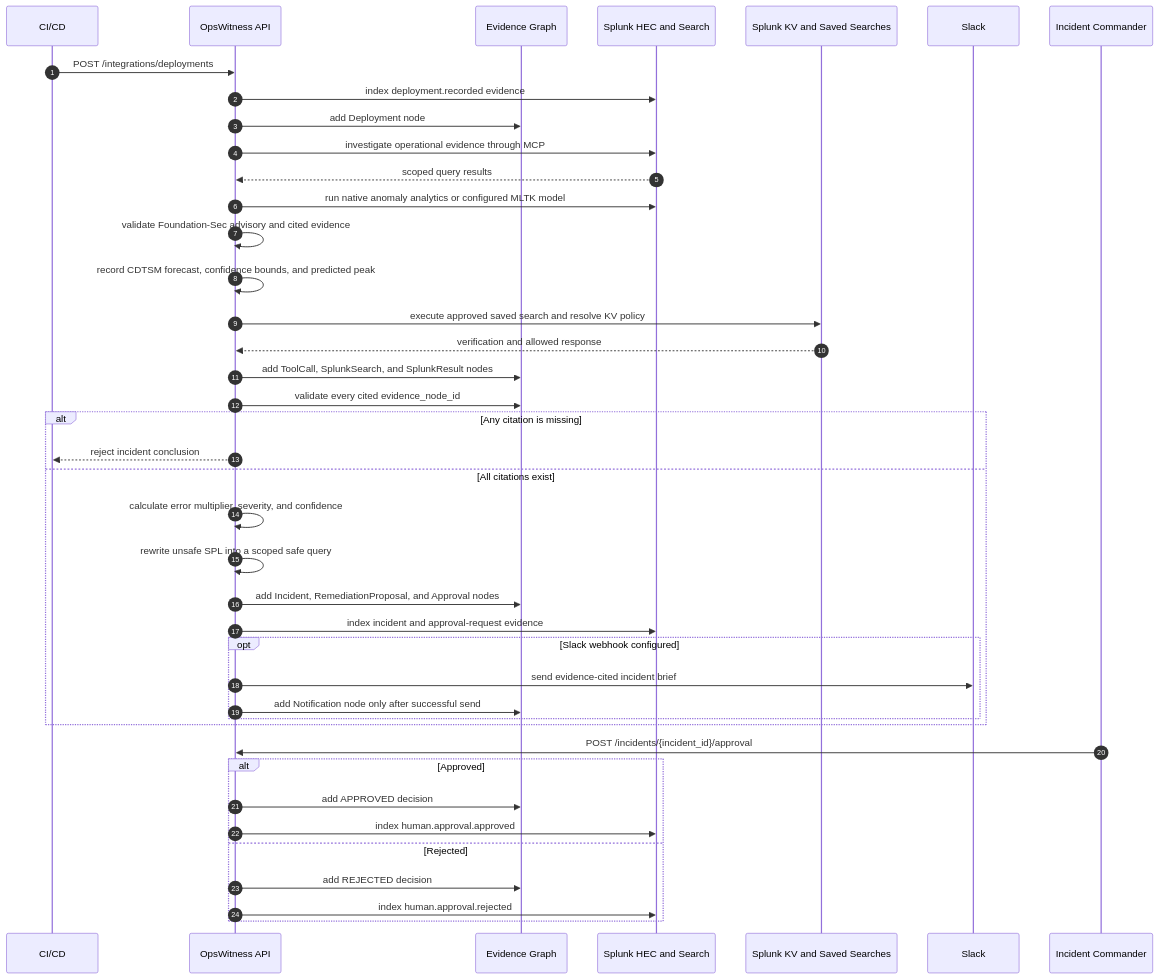
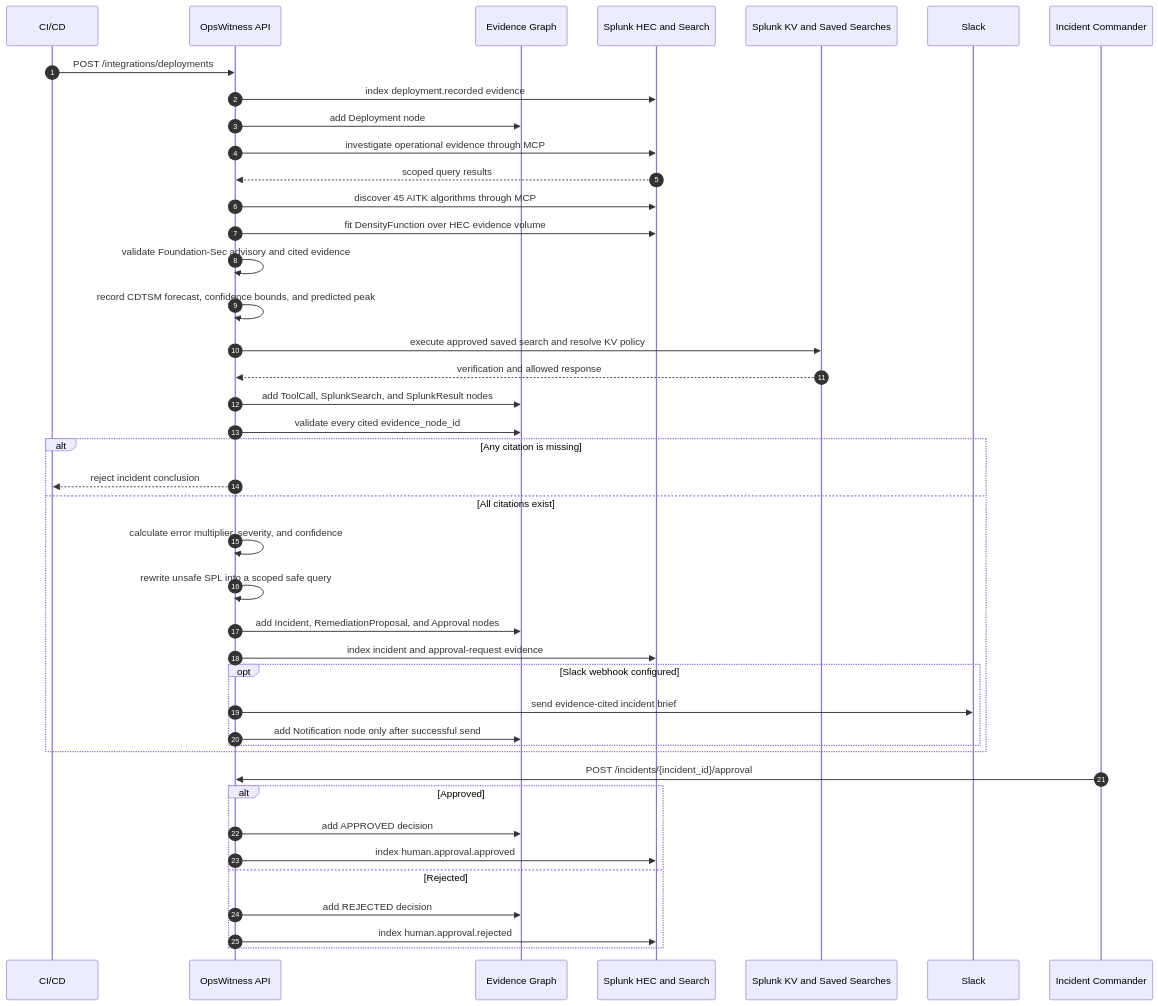
One commit to N-45div/OpsWitness changed the sixth of 7 diagrams in architecture_diagram.md. Above: the diagram before and after it, drawn with Mermaid. The commit also changed other lines of this file and 5 other files, not shown here.

Commit message:
feat: select AITK DensityFunction through MCP

````diff
--- a/architecture_diagram.md
+++ b/architecture_diagram.md
@@ -229,47 +229,48 @@
 ```mermaid
 sequenceDiagram
   autonumber
   participant CICD as CI/CD
   participant API as OpsWitness API
   participant Graph as Evidence Graph
   participant Splunk as Splunk HEC and Search
   participant Policy as Splunk KV and Saved Searches
   participant Slack as Slack
   participant Human as Incident Commander
 
   CICD->>API: POST /integrations/deployments
   API->>Splunk: index deployment.recorded evidence
   API->>Graph: add Deployment node
 
   API->>Splunk: investigate operational evidence through MCP
   Splunk-->>API: scoped query results
-  API->>Splunk: run native anomaly analytics or configured MLTK model
+  API->>Splunk: discover 45 AITK algorithms through MCP
+  API->>Splunk: fit DensityFunction over HEC evidence volume
   API->>API: validate Foundation-Sec advisory and cited evidence
   API->>API: record CDTSM forecast, confidence bounds, and predicted peak
   API->>Policy: execute approved saved search and resolve KV policy
   Policy-->>API: verification and allowed response
   API->>Graph: add ToolCall, SplunkSearch, and SplunkResult nodes
 
   API->>Graph: validate every cited evidence_node_id
   alt Any citation is missing
     API-->>CICD: reject incident conclusion
   else All citations exist
     API->>API: calculate error multiplier, severity, and confidence
     API->>API: rewrite unsafe SPL into a scoped safe query
     API->>Graph: add Incident, RemediationProposal, and Approval nodes
     API->>Splunk: index incident and approval-request evidence
     opt Slack webhook configured
       API->>Slack: send evidence-cited incident brief
       API->>Graph: add Notification node only after successful send
     end
   end
 
   Human->>API: POST /incidents/{incident_id}/approval
   alt Approved
     API->>Graph: add APPROVED decision
     API->>Splunk: index human.approval.approved
   else Rejected
     API->>Graph: add REJECTED decision
     API->>Splunk: index human.approval.rejected
   end
 ```
````
